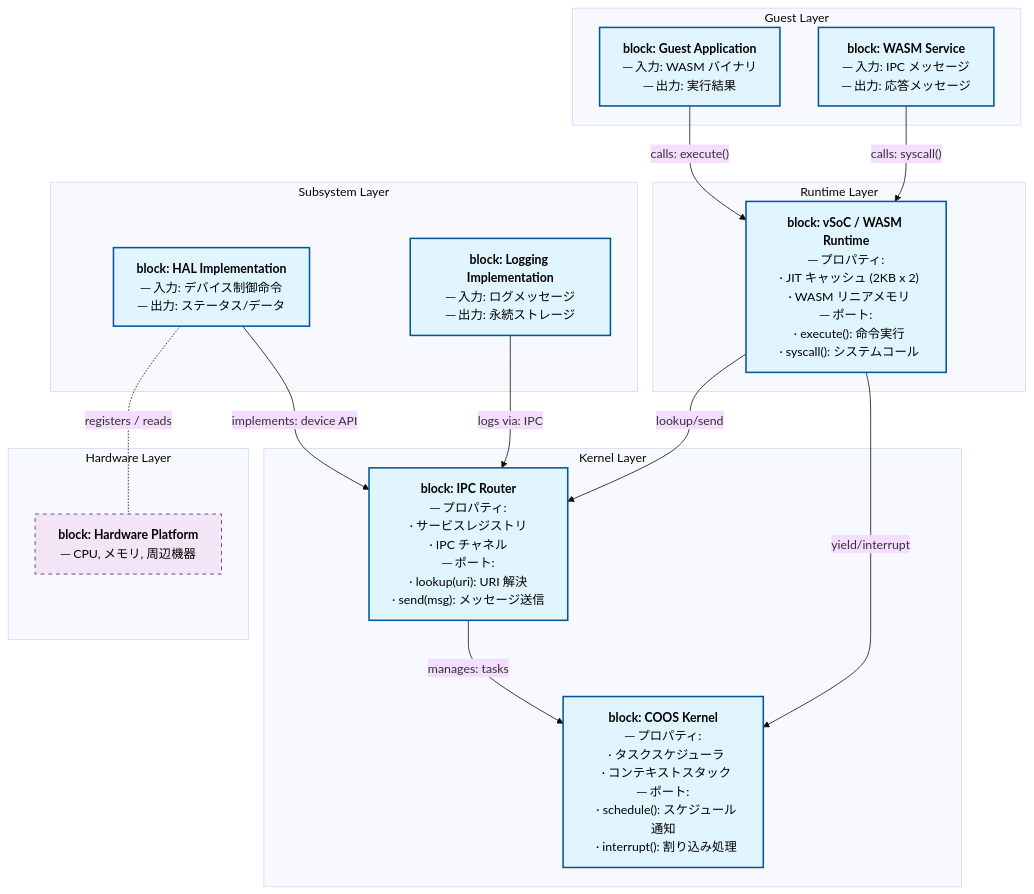
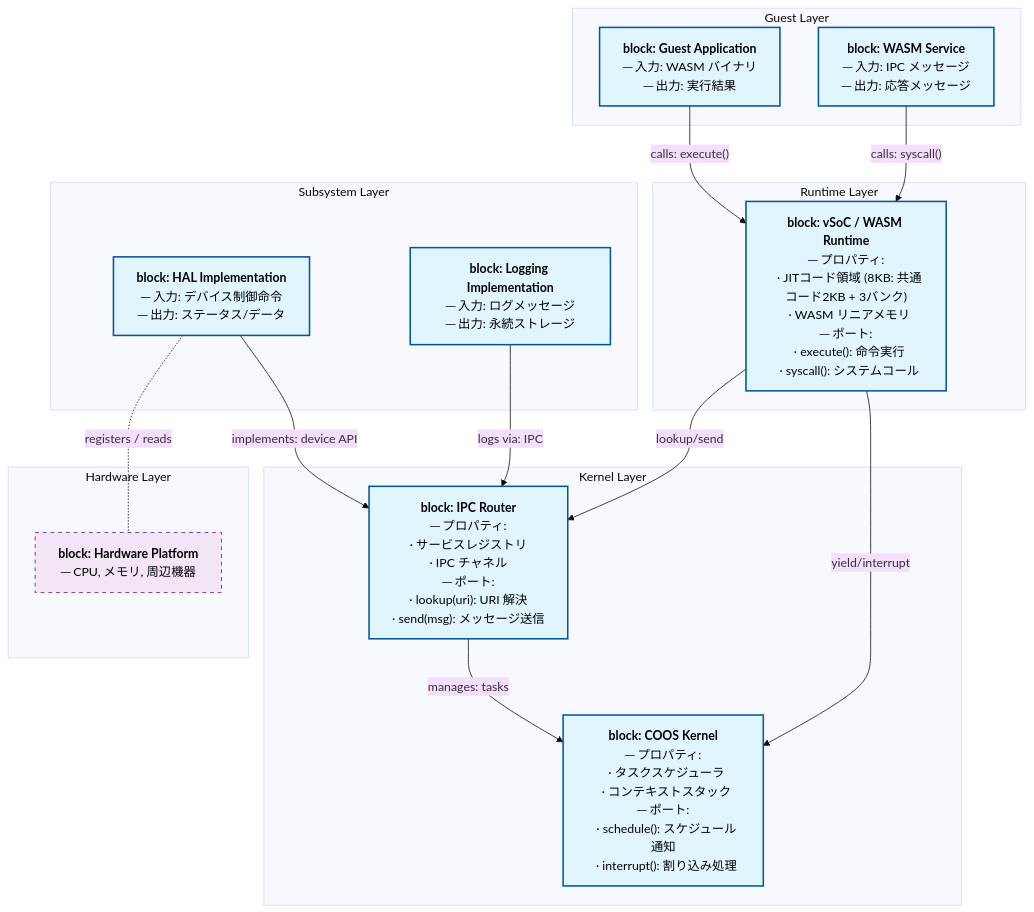
Before and after one commit to kmt-t/fireball: the first of 3 diagrams in docs/architecture/FORMAT.md, drawn with Mermaid (base theme). The commit also changed other lines of this file and 208 other files, not shown here.

Commit message:
Refactor project architecture and simplify implementation

````diff
--- a/docs/architecture/FORMAT.md
+++ b/docs/architecture/FORMAT.md
@@ -37,50 +37,50 @@
 ```mermaid
 graph TD
     classDef blockStyle fill:#e1f5ff,stroke:#01579b,stroke-width:2px,color:#000;
     classDef portStyle fill:#fff3e0,stroke:#e65100,stroke-width:1.5px,color:#000;
     classDef hardwareStyle fill:#f3e5f5,stroke:#4a148c,stroke-width:1px,stroke-dasharray: 5 5,color:#000;
 
     %% Top Layer: Guests
     subgraph Guest["Guest Layer"]
         App["<b>block: Guest Application</b><br/>─ 入力: WASM バイナリ<br/>─ 出力: 実行結果"]:::blockStyle
         Svc["<b>block: WASM Service</b><br/>─ 入力: IPC メッセージ<br/>─ 出力: 応答メッセージ"]:::blockStyle
     end
 
     %% Runtime Layer: vSoC
     subgraph Runtime["Runtime Layer"]
-        vSoC["<b>block: vSoC / WASM Runtime</b><br/>─ プロパティ:<br/>  · JIT キャッシュ (2KB x 2)<br/>  · WASM リニアメモリ<br/>─ ポート:<br/>  · execute(): 命令実行<br/>  · syscall(): システムコール"]:::blockStyle
+        vSoC["<b>block: vSoC / WASM Runtime</b><br/>─ プロパティ:<br/>  · JITコード領域 (8KB: 共通コード2KB + 3バンク)<br/>  · WASM リニアメモリ<br/>─ ポート:<br/>  · execute(): 命令実行<br/>  · syscall(): システムコール"]:::blockStyle
     end
 
     %% Kernel Layer: COOS & IPC Router
     subgraph Kernel["Kernel Layer"]
         COOS["<b>block: COOS Kernel</b><br/>─ プロパティ:<br/>  · タスクスケジューラ<br/>  · コンテキストスタック<br/>─ ポート:<br/>  · schedule(): スケジュール通知<br/>  · interrupt(): 割り込み処理"]:::blockStyle
         IPCR["<b>block: IPC Router</b><br/>─ プロパティ:<br/>  · サービスレジストリ<br/>  · IPC チャネル<br/>─ ポート:<br/>  · lookup(uri): URI 解決<br/>  · send(msg): メッセージ送信"]:::blockStyle
     end
 
     %% Subsystem Layer: HAL & Logging
     subgraph Subsystem["Subsystem Layer"]
         HAL["<b>block: HAL Implementation</b><br/>─ 入力: デバイス制御命令<br/>─ 出力: ステータス/データ"]:::blockStyle
         Log["<b>block: Logging Implementation</b><br/>─ 入力: ログメッセージ<br/>─ 出力: 永続ストレージ"]:::blockStyle
     end
 
     %% Hardware Layer
     subgraph Hardware["Hardware Layer"]
         HW["<b>block: Hardware Platform</b><br/>─ CPU, メモリ, 周辺機器"]:::hardwareStyle
     end
 
     %% 依存関係: App/Svc → vSoC
     App -->|"calls: execute()"| vSoC
     Svc -->|"calls: syscall()"| vSoC
 
     %% 依存関係: vSoC → Kernel
     vSoC -->|"yield/interrupt"| COOS
     vSoC -->|"lookup/send"| IPCR
 
     %% 依存関係: IPCR/HAL ← Kernel
     IPCR -->|"manages: tasks"| COOS
     HAL -->|"implements: device API"| IPCR
     Log -->|"logs via: IPC"| IPCR
 
     %% 接続: HAL ↔ HW
     HAL -.-|"registers / reads"| HW
 ```
````
